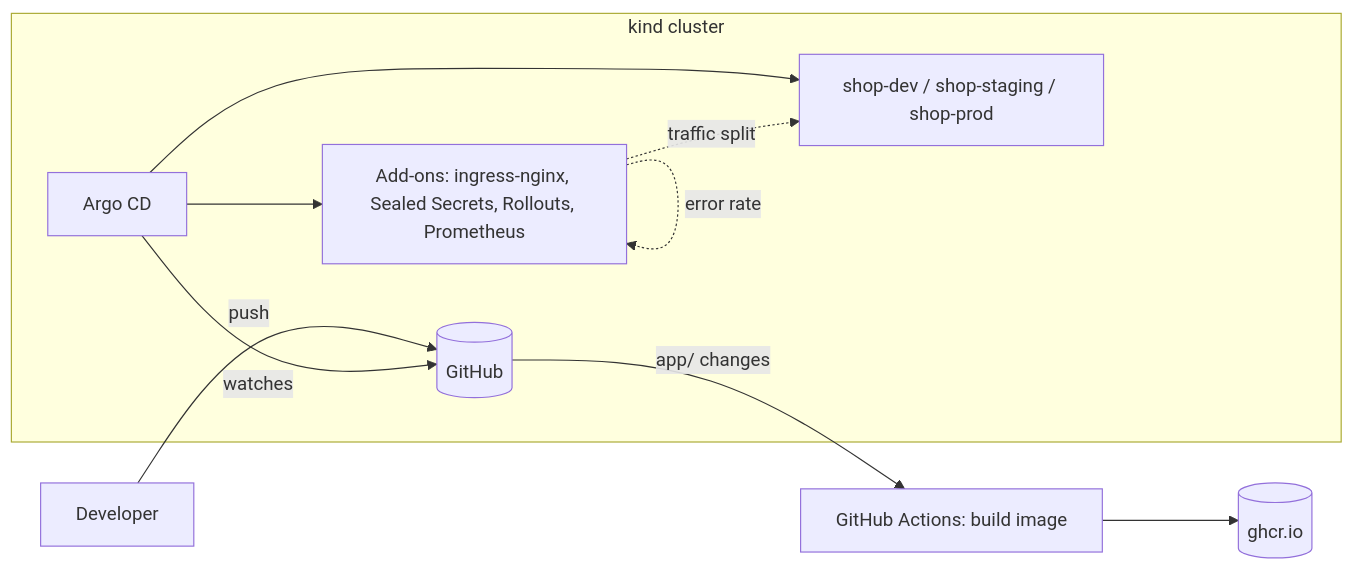
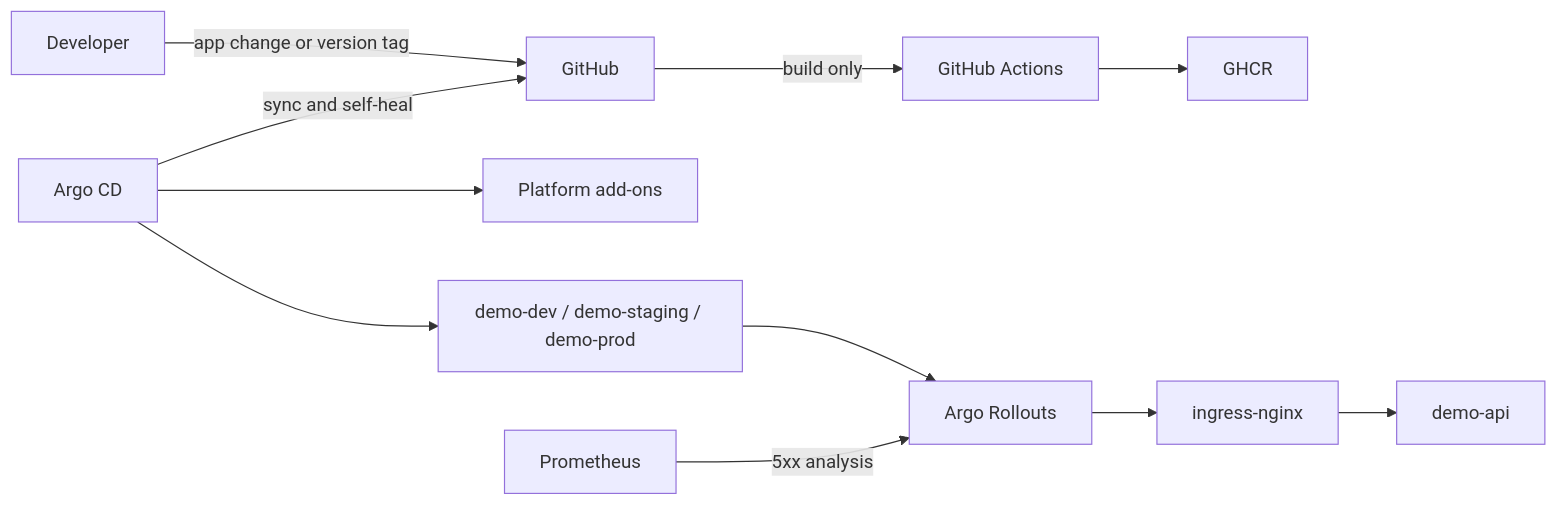
Before and after one commit to Dhinesh181999/gitops: the diagram in README.md, drawn with Mermaid. The commit also changed other lines of this file and 34 other files, not shown here.

````diff
--- a/README.md
+++ b/README.md
@@ -9,13 +10,13 @@
 ```mermaid
 flowchart LR
-  dev[Developer] -- push --> GH[(GitHub)]
-  GH -- app/ changes --> CI[GitHub Actions: build image]
-  CI --> REG[(ghcr.io)]
-  subgraph Cluster [kind cluster]
-    ARGO[Argo CD] -- watches --> GH
-    ARGO --> ADD[Add-ons: ingress-nginx, Sealed Secrets, Rollouts, Prometheus]
-    ARGO --> ENV[shop-dev / shop-staging / shop-prod]
-    ADD -. traffic split .-> ENV
-    ADD -. error rate .-> ADD
-  end
+  DEV[Developer] -->|app change or version tag| GH[GitHub]
+  GH -->|build only| CI[GitHub Actions]
+  CI --> REG[GHCR]
+  ARGO[Argo CD] -->|sync and self-heal| GH
+  ARGO --> CORE[Platform add-ons]
+  ARGO --> ENV[demo-dev / demo-staging / demo-prod]
+  ENV --> ROLLOUT[Argo Rollouts]
+  ROLLOUT --> INGRESS[ingress-nginx]
+  INGRESS --> APP[demo-api]
+  PROM[Prometheus] -->|5xx analysis| ROLLOUT
 ```
````
